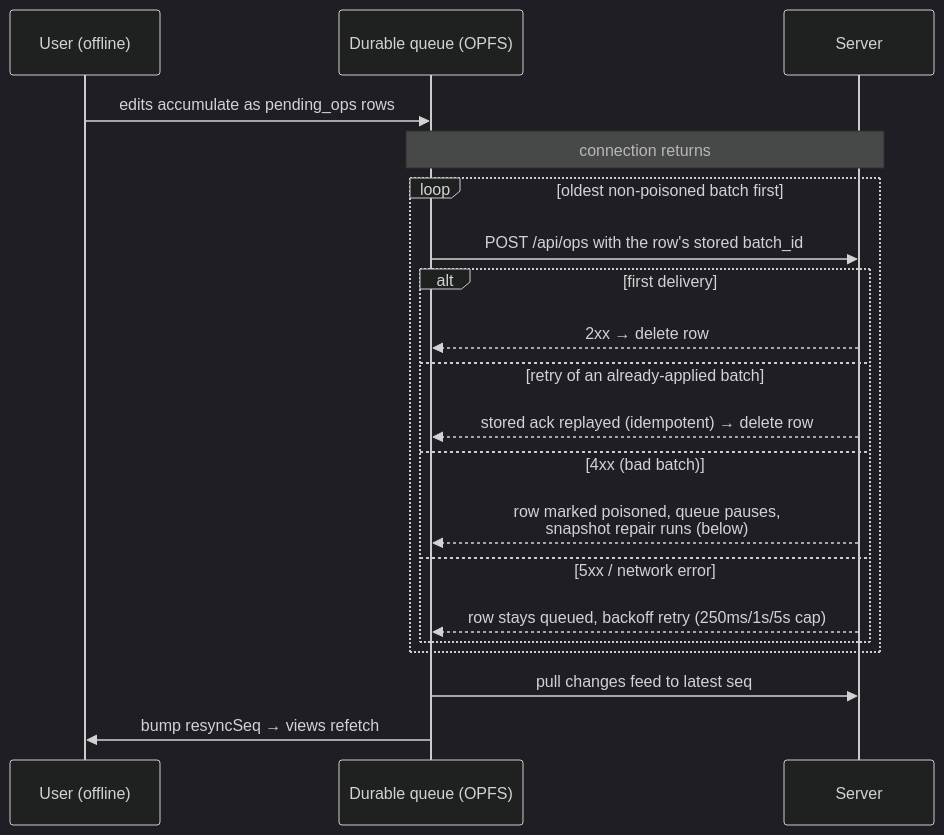
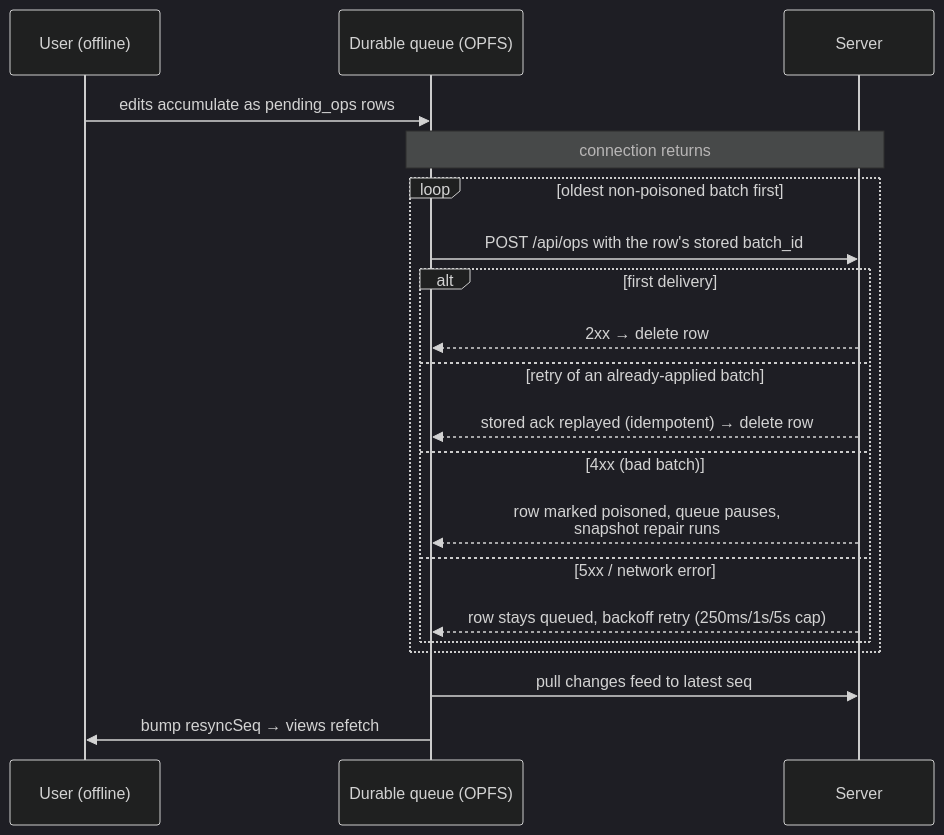
Before and after one commit to ArthurClune/pkm-system: the third of 3 diagrams in docs/architecture/sync-and-offline.md, drawn with Mermaid (dark theme). The commit also changed other lines of this file and 8 other files, not shown here.

````diff
--- a/docs/architecture/sync-and-offline.md
+++ b/docs/architecture/sync-and-offline.md
@@ -214,23 +191,23 @@
 ```mermaid
 sequenceDiagram
     participant U as User (offline)
     participant Q as Durable queue (OPFS)
     participant S as Server
 
     U->>Q: edits accumulate as pending_ops rows
     Note over Q,S: connection returns
     loop oldest non-poisoned batch first
         Q->>S: POST /api/ops with the row's stored batch_id
         alt first delivery
             S-->>Q: 2xx → delete row
         else retry of an already-applied batch
             S-->>Q: stored ack replayed (idempotent) → delete row
         else 4xx (bad batch)
-            S-->>Q: row marked poisoned, queue pauses,<br/>snapshot repair runs (below)
+            S-->>Q: row marked poisoned, queue pauses,<br/>snapshot repair runs
         else 5xx / network error
             S-->>Q: row stays queued, backoff retry (250ms/1s/5s cap)
         end
     end
     Q->>S: pull changes feed to latest seq
     Q->>U: bump resyncSeq → views refetch
 ```
````
